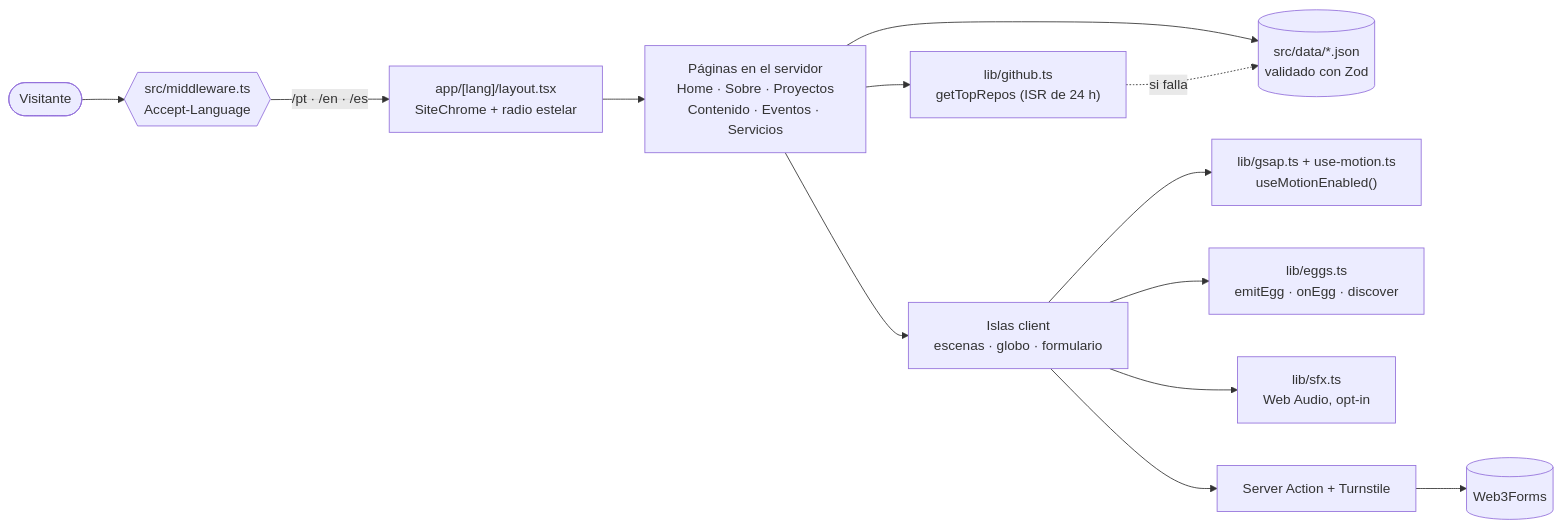
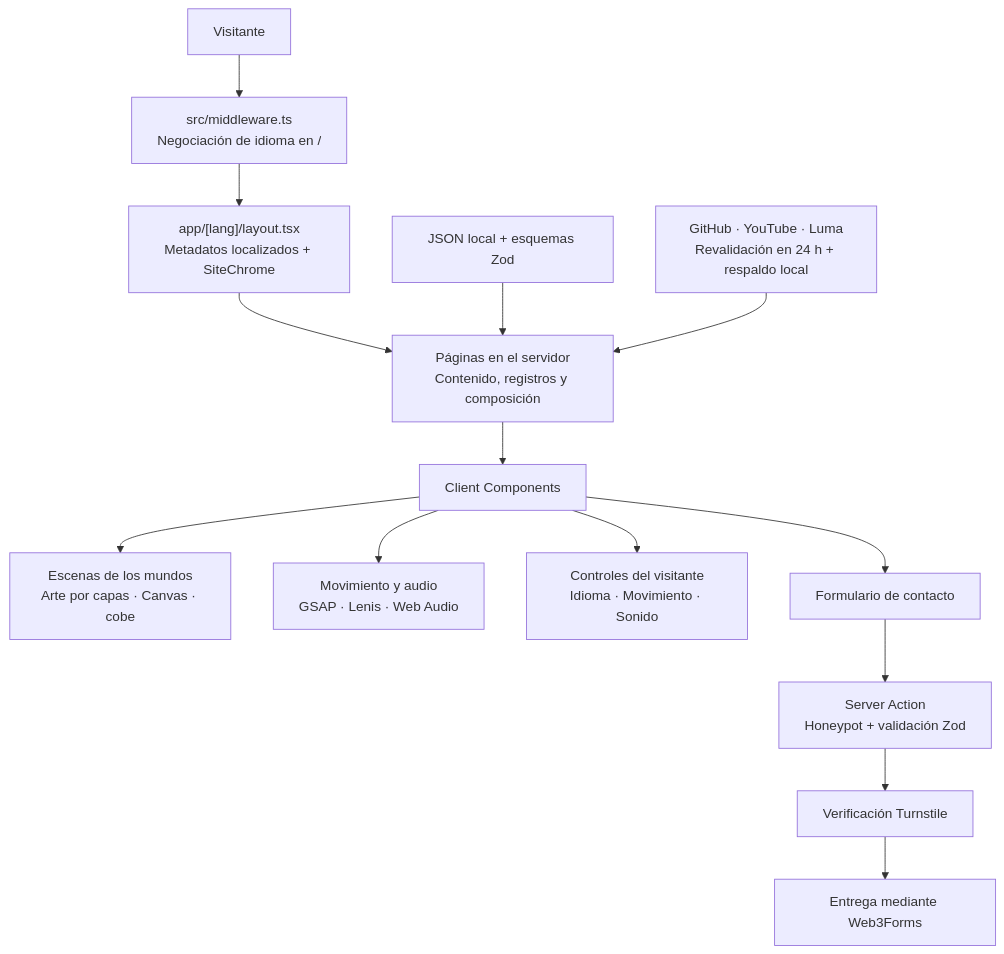
Before and after one commit to glaucia86/glaucialemos.dev: the diagram in README.es.md, drawn with Mermaid. The commit also changed other lines of this file and 7 other files, not shown here.

````diff
--- a/README.es.md
+++ b/README.es.md
@@ -155,15 +113,16 @@
 ```mermaid
-flowchart LR
-    V([Visitante]) --> M{{src/middleware.ts<br/>Accept-Language}}
-    M -->|/pt · /en · /es| L["app/[lang]/layout.tsx<br/>SiteChrome + radio estelar"]
-    L --> P["Páginas en el servidor<br/>Home · Sobre · Proyectos<br/>Contenido · Eventos · Servicios"]
-    P --> D[("src/data/*.json<br/>validado con Zod")]
-    P --> G["lib/github.ts<br/>getTopRepos (ISR de 24 h)"]
-    G -.si falla.-> D
-    P --> C["Islas client<br/>escenas · globo · formulario"]
-    C --> MO["lib/gsap.ts + use-motion.ts<br/>useMotionEnabled()"]
-    C --> E["lib/eggs.ts<br/>emitEgg · onEgg · discover"]
-    C --> S["lib/sfx.ts<br/>Web Audio, opt-in"]
-    C --> A[Server Action + Turnstile]
-    A --> F[(Web3Forms)]
+flowchart TD
+    V["Visitante"] --> M["src/middleware.ts<br/>Negociación de idioma en /"]
+    M --> L["app/[lang]/layout.tsx<br/>Metadatos localizados + SiteChrome"]
+    L --> P["Páginas en el servidor<br/>Contenido, registros y composición"]
+    D["JSON local + esquemas Zod"] --> P
+    R["GitHub · YouTube · Luma<br/>Revalidación en 24 h + respaldo local"] --> P
+    P --> C["Client Components"]
+    C --> W["Escenas de los mundos<br/>Arte por capas · Canvas · cobe"]
+    C --> A["Movimiento y audio<br/>GSAP · Lenis · Web Audio"]
+    C --> U["Controles del visitante<br/>Idioma · Movimiento · Sonido"]
+    C --> F["Formulario de contacto"]
+    F --> S["Server Action<br/>Honeypot + validación Zod"]
+    S --> T["Verificación Turnstile"]
+    T --> E["Entrega mediante Web3Forms"]
 ```
````
